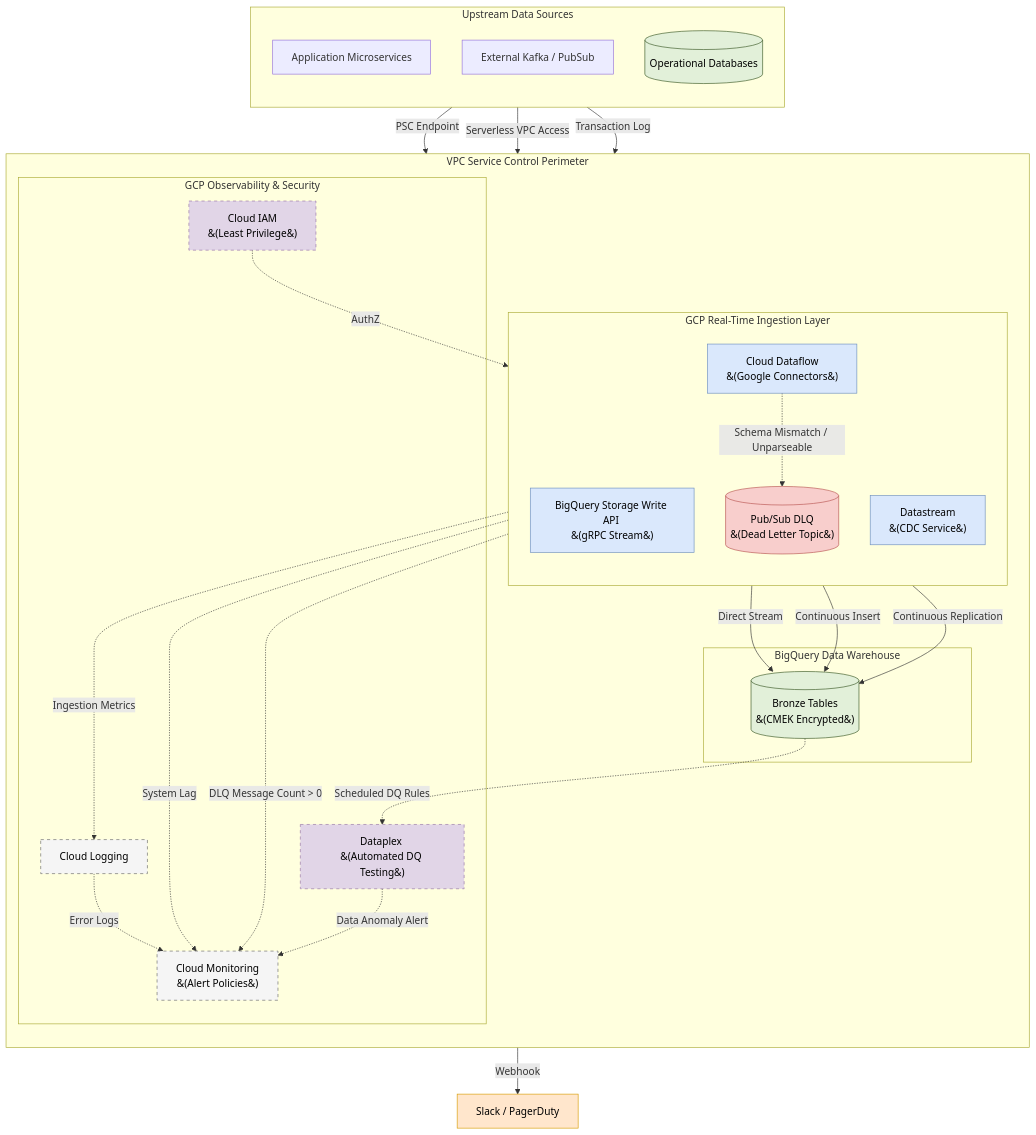
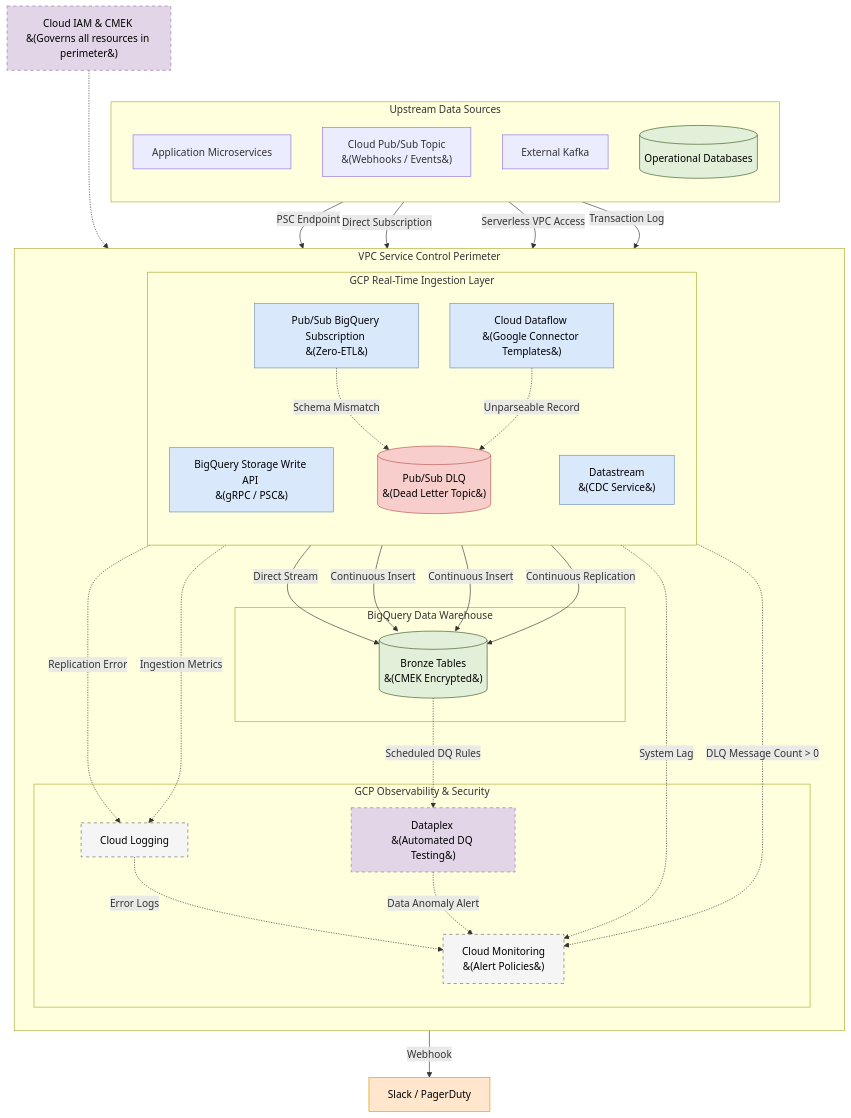
Before and after one commit to toanbui626391/data_architect: the diagram in gcp/realtime_ingestion_architecture.md, drawn with Mermaid. The commit also changed other lines of this file, not shown here.

````diff
--- a/gcp/realtime_ingestion_architecture.md
+++ b/gcp/realtime_ingestion_architecture.md
@@ -20,76 +20,81 @@
 ```mermaid
 flowchart TD
     subgraph Sources [Upstream Data Sources]
         direction TB
         App[Application Microservices]
-        Kafka[External Kafka / PubSub]
+        PubSubSrc[Cloud Pub/Sub Topic <br>&#40;Webhooks / Events&#41;]
+        Kafka[External Kafka]
         DB[(Operational Databases)]
     end
 
     subgraph VPCSC [VPC Service Control Perimeter]
         direction TB
         
         subgraph GCP_Ingestion [GCP Real-Time Ingestion Layer]
             direction TB
-            API[BigQuery Storage Write API <br>&#40;gRPC Stream&#41;]
-            Dataflow[Cloud Dataflow <br>&#40;Google Connectors&#41;]
+            API[BigQuery Storage Write API <br>&#40;gRPC / PSC&#41;]
+            PubSubSub[Pub/Sub BigQuery Subscription <br>&#40;Zero-ETL&#41;]
+            Dataflow[Cloud Dataflow <br>&#40;Google Connector Templates&#41;]
             Datastream[Datastream <br>&#40;CDC Service&#41;]
             DLQ[(Pub/Sub DLQ <br>&#40;Dead Letter Topic&#41;)]
         end
 
         subgraph BigQuery [BigQuery Data Warehouse]
             Bronze[(Bronze Tables <br>&#40;CMEK Encrypted&#41;)]
         end
 
         subgraph ControlPlane [GCP Observability & Security]
             CloudLogging[Cloud Logging]
             CloudMonitoring[Cloud Monitoring <br>&#40;Alert Policies&#41;]
             Dataplex[Dataplex <br>&#40;Automated DQ Testing&#41;]
-            IAM[Cloud IAM <br>&#40;Least Privilege&#41;]
         end
     end
     
     Notification[Slack / PagerDuty]
+    IAMNote[Cloud IAM & CMEK <br>&#40;Governs all resources in perimeter&#41;]
 
     %% Network & Data Flow
     App -->|PSC Endpoint| API
+    PubSubSrc -->|Direct Subscription| PubSubSub
     Kafka -->|Serverless VPC Access| Dataflow
     DB -->|Transaction Log| Datastream
 
     API -->|Direct Stream| Bronze
+    PubSubSub -->|Continuous Insert| Bronze
     Dataflow -->|Continuous Insert| Bronze
     Datastream -->|Continuous Replication| Bronze
 
-    %% Data Quality Flow
-    Dataflow -.->|Schema Mismatch / Unparseable| DLQ
+    %% Data Quality & Error Flow
+    PubSubSub -.->|Schema Mismatch| DLQ
+    Dataflow -.->|Unparseable Record| DLQ
+    Datastream -.->|Replication Error| CloudLogging
 
     %% Observability & DQ Flow
     API -.->|Ingestion Metrics| CloudLogging
     Dataflow -.->|System Lag| CloudMonitoring
     DLQ -.->|DLQ Message Count > 0| CloudMonitoring
     CloudLogging -.->|Error Logs| CloudMonitoring
     
     Bronze -.->|Scheduled DQ Rules| Dataplex
     Dataplex -.->|Data Anomaly Alert| CloudMonitoring
-    
-    %% Security Flow
-    IAM -.->|AuthZ| GCP_Ingestion
-    
     CloudMonitoring -->|Webhook| Notification
+
+    %% Governance note
+    IAMNote -..-> VPCSC
 
     %% Styling
     classDef storage fill:#e2f0d9,stroke:#385723,stroke-width:1px,color:#000;
     classDef process fill:#dae8fc,stroke:#6c8ebf,stroke-width:1px,color:#000;
     classDef bad fill:#f8cecc,stroke:#b85450,stroke-width:1px,color:#000;
     classDef monitor fill:#f5f5f5,stroke:#666,stroke-width:1px,color:#000,stroke-dasharray: 5 5;
     classDef alert fill:#ffe6cc,stroke:#d79b00,stroke-width:1px,color:#000;
     classDef security fill:#e1d5e7,stroke:#9673a6,stroke-width:1px,color:#000,stroke-dasharray: 5 5;
     
     class Bronze storage;
     class DB storage;
-    class API,Dataflow,Datastream process;
+    class API,PubSubSub,Dataflow,Datastream process;
     class DLQ bad;
     class CloudLogging,CloudMonitoring monitor;
-    class Dataplex,IAM security;
+    class Dataplex,IAMNote security;
     class Notification alert;
 ```
````
